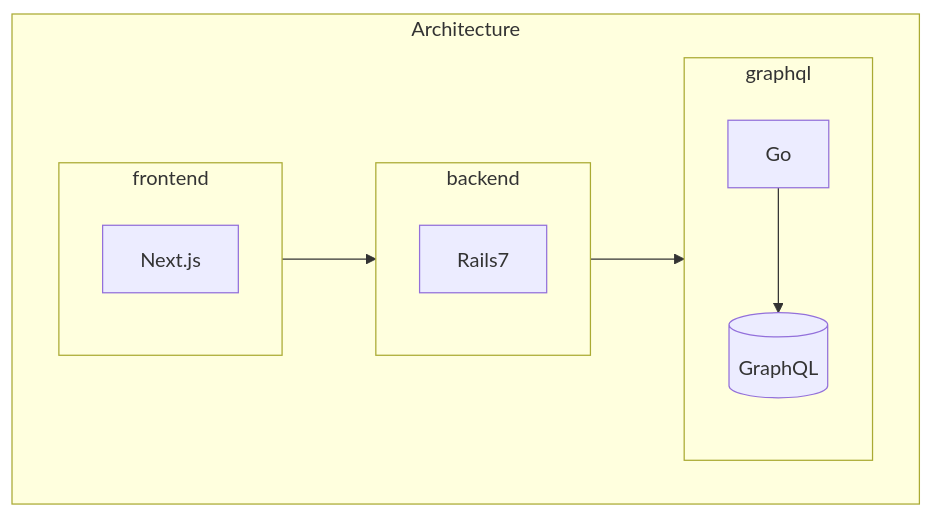
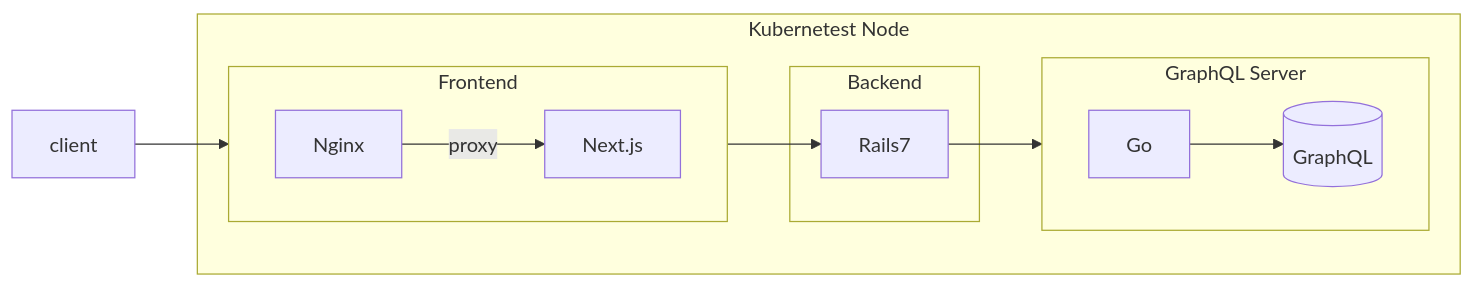
The diagram in README.md (kuroweb/price-monitoring), drawn with Mermaid before and after one commit. The commit also changed other lines of this file and 25 other files, not shown here.

````diff
--- a/README.md
+++ b/README.md
@@ -34,25 +34,30 @@
 ```mermaid
-flowchart
-subgraph Architecture
-  direction LR
+flowchart LR
+subgraph Kubernetest Node
+  subgraph Frontend
+    direction LR
 
-  subgraph frontend
+    Nginx
     Next.js
+
+    Nginx--proxy-->Next.js
   end
 
-  subgraph backend
+  subgraph Backend
     Rails7
   end
 
-  subgraph graphql
-    direction TB
+  subgraph GraphQL Server
+    direction LR
 
     Go
     GraphQL[(GraphQL)]
 
     Go-->GraphQL
   end
 
-  frontend-->backend-->graphql
+  Next.js-->Rails7-->Go
 end
+
+client-->Nginx
 ```
````
